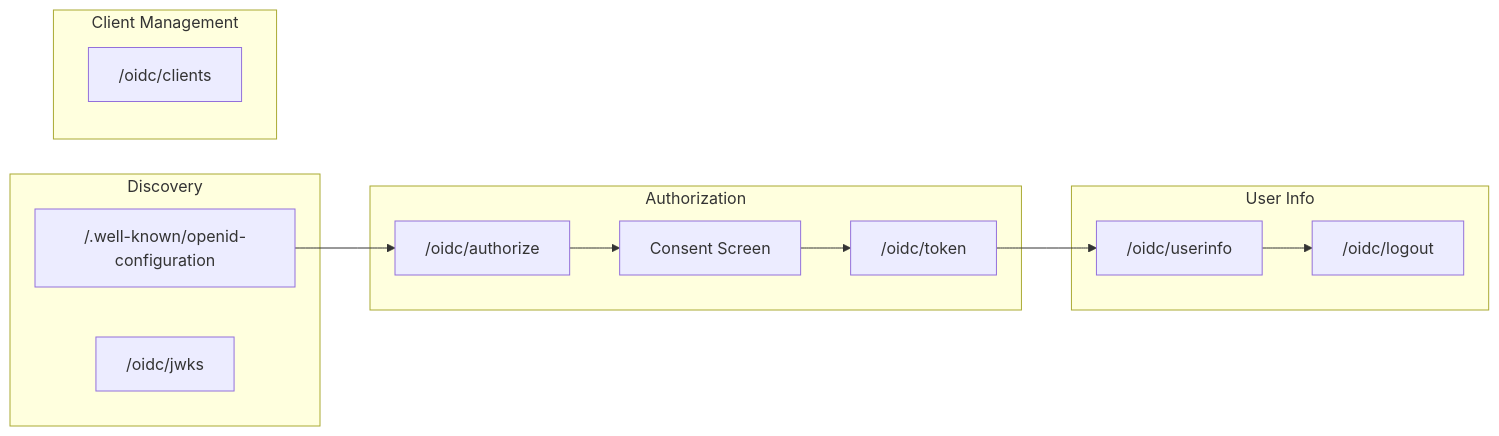
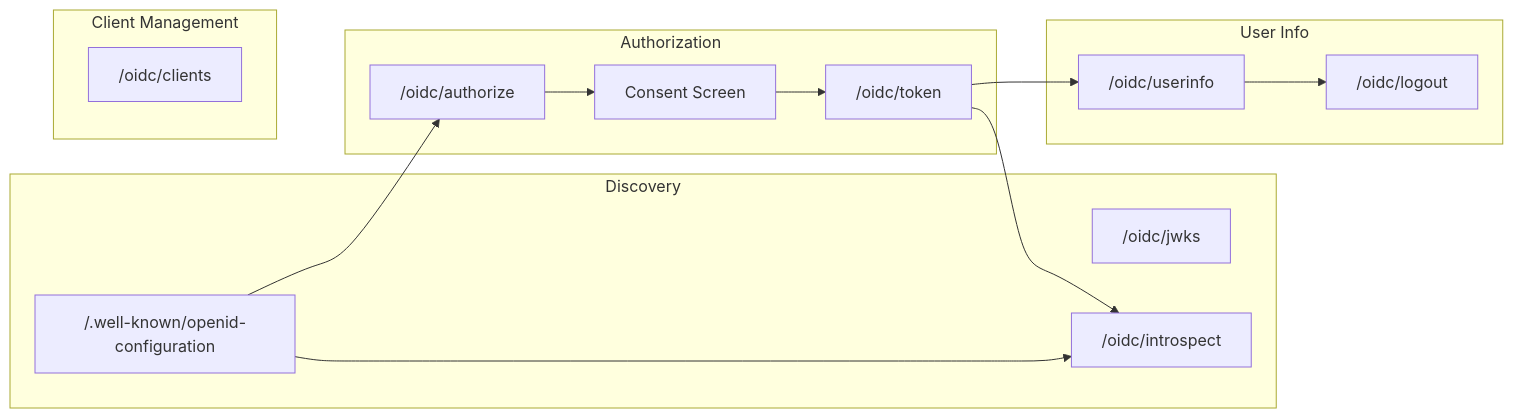
Before and after one commit to Merrick1307/identity-access-management-system: diagram 18 of 22 in ARCHITECTURE.md, drawn with Mermaid. The commit also changed other lines of this file and 27 other files, not shown here.

````diff
--- a/ARCHITECTURE.md
+++ b/ARCHITECTURE.md
@@ -776,28 +776,31 @@
 ```mermaid
 flowchart LR
     subgraph Discovery["Discovery"]
         DISC["/.well-known/openid-configuration"]
         JWKS["/oidc/jwks"]
+        INTROSPECT["/oidc/introspect"]
     end
     
     subgraph Auth["Authorization"]
         AUTHZ["/oidc/authorize"]
         TOKEN["/oidc/token"]
         CONSENT["Consent Screen"]
     end
     
     subgraph User["User Info"]
         USERINFO["/oidc/userinfo"]
         LOGOUT["/oidc/logout"]
     end
     
     subgraph Admin["Client Management"]
         CLIENTS["/oidc/clients"]
     end
     
     DISC --> AUTHZ
+    DISC --> INTROSPECT
     AUTHZ --> CONSENT
     CONSENT --> TOKEN
     TOKEN --> USERINFO
+    TOKEN --> INTROSPECT
     USERINFO --> LOGOUT
 ```
````
